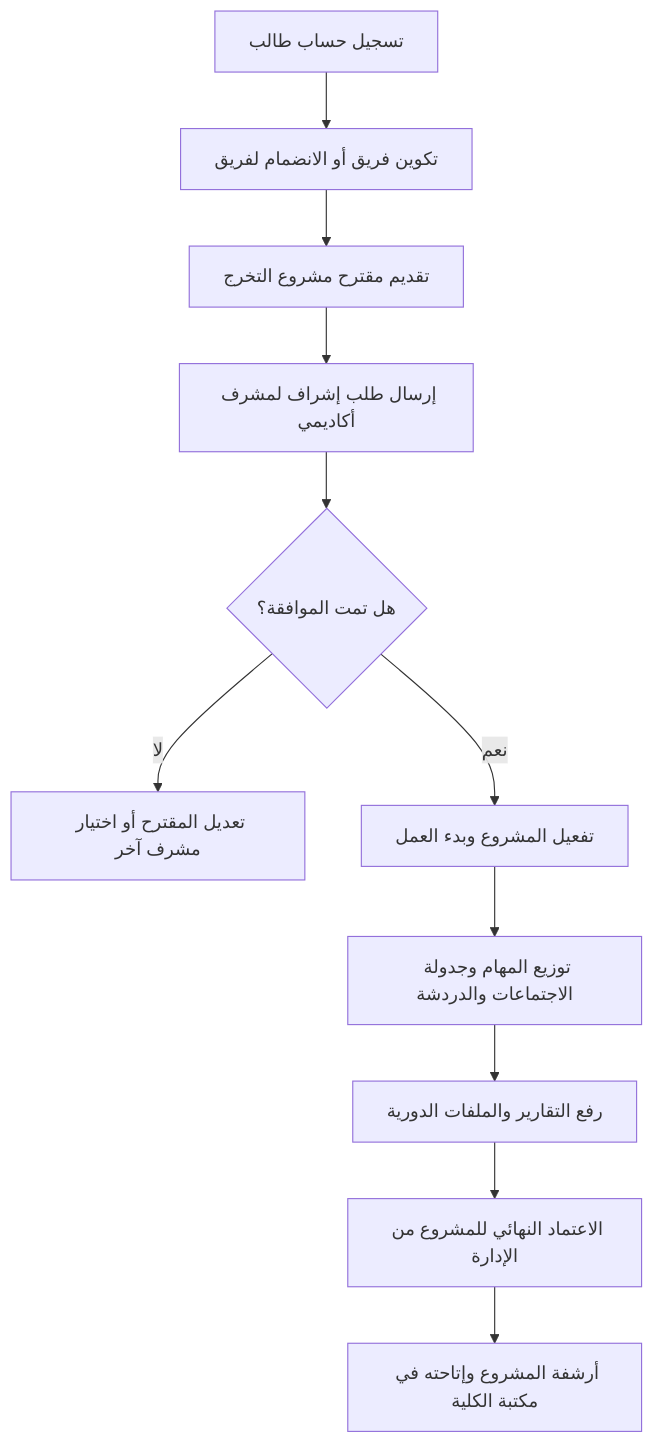
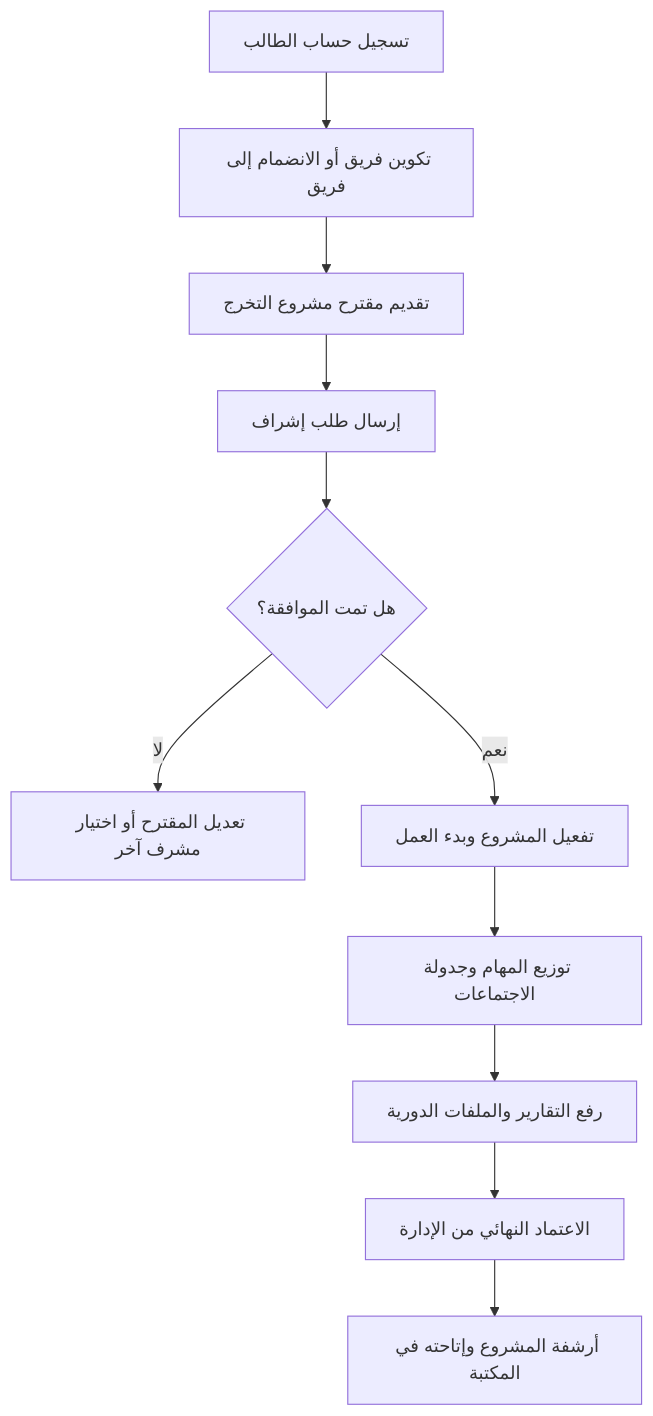
One commit to mubarak-saeed/gpms-admin-panel changed the first of 2 diagrams in README.md. Above: the diagram before and after it, drawn with Mermaid. The commit also changed other lines of this file, not shown here.

Commit message:
docs: improve README and Mermaid diagrams

````diff
--- a/README.md
+++ b/README.md
@@ -78,13 +94,13 @@
 ```mermaid
 flowchart TD
-    A[تسجيل حساب طالب] --> B[تكوين فريق أو الانضمام لفريق]
-    B --> C[تقديم مقترح مشروع التخرج]
-    C --> D[إرسال طلب إشراف لمشرف أكاديمي]
-    D --> E{هل تمت الموافقة؟}
-    E -- لا --> F[تعديل المقترح أو اختيار مشرف آخر]
-    E -- نعم --> G[تفعيل المشروع وبدء العمل]
-    G --> H[توزيع المهام وجدولة الاجتماعات والدردشة]
-    H --> I[رفع التقارير والملفات الدورية]
-    I --> J[الاعتماد النهائي للمشروع من الإدارة]
-    J --> K[أرشفة المشروع وإتاحته في مكتبة الكلية]
+    A["تسجيل حساب الطالب"] --> B["تكوين فريق أو الانضمام إلى فريق"]
+    B --> C["تقديم مقترح مشروع التخرج"]
+    C --> D["إرسال طلب إشراف"]
+    D --> E{"هل تمت الموافقة؟"}
+    E -- "لا" --> F["تعديل المقترح أو اختيار مشرف آخر"]
+    E -- "نعم" --> G["تفعيل المشروع وبدء العمل"]
+    G --> H["توزيع المهام وجدولة الاجتماعات"]
+    H --> I["رفع التقارير والملفات الدورية"]
+    I --> J["الاعتماد النهائي من الإدارة"]
+    J --> K["أرشفة المشروع وإتاحته في المكتبة"]
 ```
````
